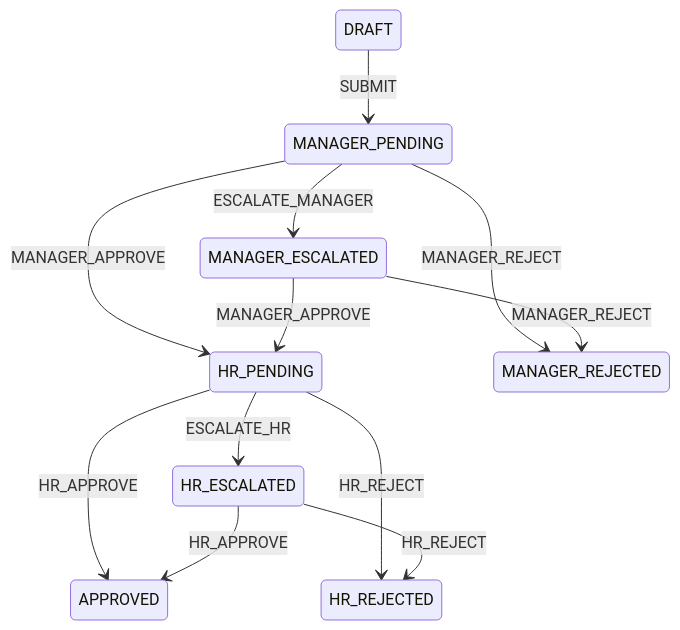
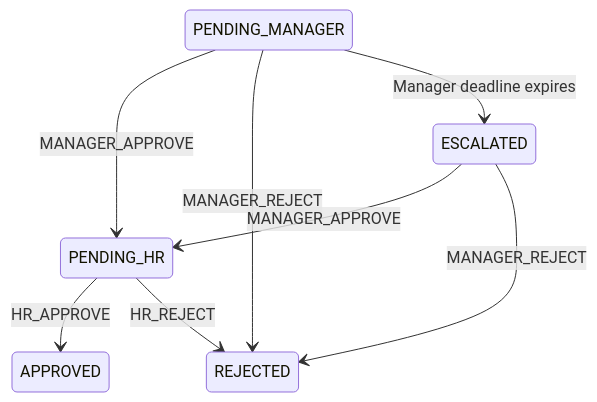
One commit to AasthaSingh15/CureX changed the diagram in docs/state-machine.md. Above: the diagram before and after it, drawn with Mermaid. The commit also changed other lines of this file and 6 other files, not shown here.

Commit message:
updated database created a better schema

````diff
--- a/docs/state-machine.md
+++ b/docs/state-machine.md
@@ -3,14 +3,10 @@
 ```mermaid
 stateDiagram-v2
-  DRAFT --> MANAGER_PENDING: SUBMIT
-  MANAGER_PENDING --> HR_PENDING: MANAGER_APPROVE
-  MANAGER_PENDING --> MANAGER_REJECTED: MANAGER_REJECT
-  MANAGER_PENDING --> MANAGER_ESCALATED: ESCALATE_MANAGER
-  MANAGER_ESCALATED --> HR_PENDING: MANAGER_APPROVE
-  MANAGER_ESCALATED --> MANAGER_REJECTED: MANAGER_REJECT
-  HR_PENDING --> APPROVED: HR_APPROVE
-  HR_PENDING --> HR_REJECTED: HR_REJECT
-  HR_PENDING --> HR_ESCALATED: ESCALATE_HR
-  HR_ESCALATED --> APPROVED: HR_APPROVE
-  HR_ESCALATED --> HR_REJECTED: HR_REJECT
+  PENDING_MANAGER --> PENDING_HR: MANAGER_APPROVE
+  PENDING_MANAGER --> REJECTED: MANAGER_REJECT
+  PENDING_MANAGER --> ESCALATED: Manager deadline expires
+  ESCALATED --> PENDING_HR: MANAGER_APPROVE
+  ESCALATED --> REJECTED: MANAGER_REJECT
+  PENDING_HR --> APPROVED: HR_APPROVE
+  PENDING_HR --> REJECTED: HR_REJECT
 ```
````
